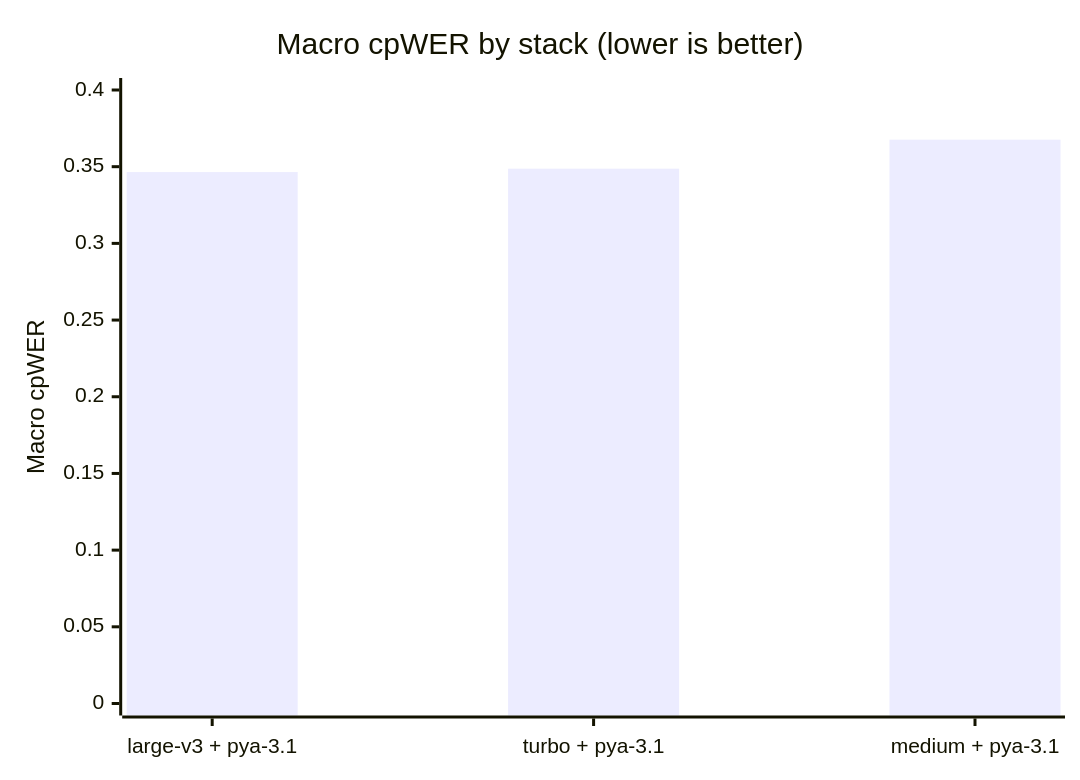
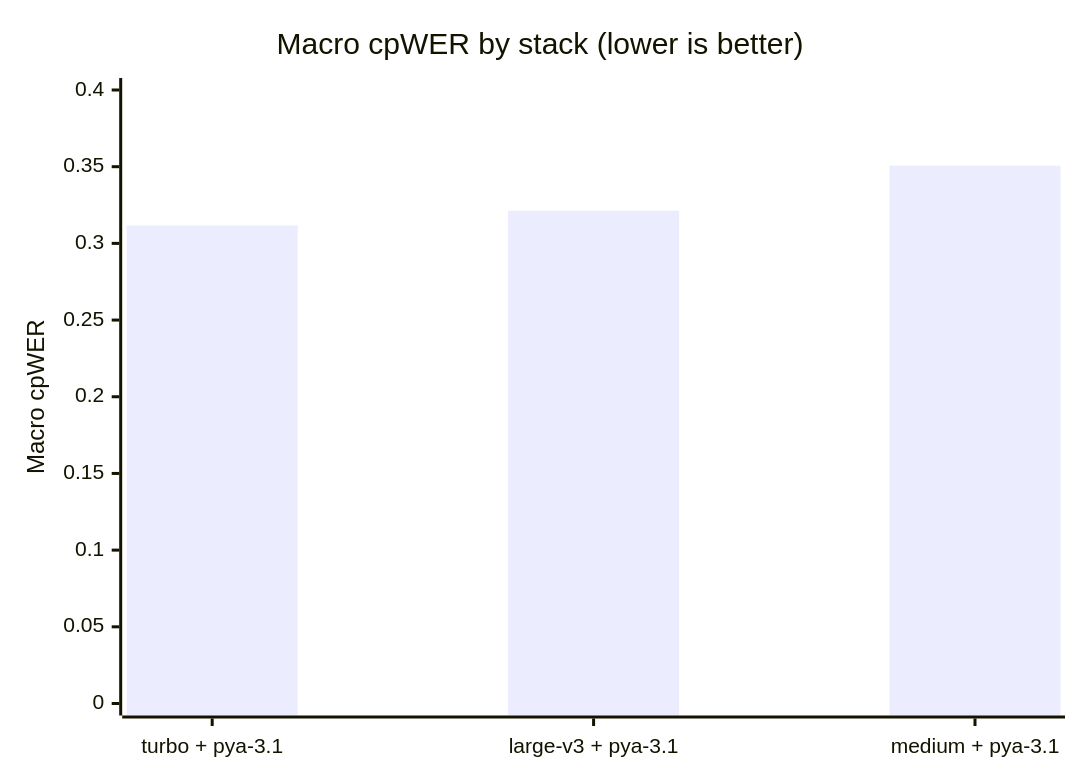
Before and after one commit to nkhaloo/speech-stack-benchmark: the fourth of 5 diagrams in docs/results.md, drawn with Mermaid. The commit also changed other lines of this file and 2 other files, not shown here.

````diff
--- a/docs/results.md
+++ b/docs/results.md
@@ -207,7 +229,7 @@
 ```mermaid
 xychart-beta
     title "Macro cpWER by stack (lower is better)"
-    x-axis ["large-v3 + pya-3.1", "turbo + pya-3.1", "medium + pya-3.1"]
+    x-axis ["turbo + pya-3.1", "large-v3 + pya-3.1", "medium + pya-3.1"]
     y-axis "Macro cpWER" 0 --> 0.4
-    bar [0.3465, 0.3487, 0.3676]
+    bar [0.3117, 0.3213, 0.3507]
 ```
````
